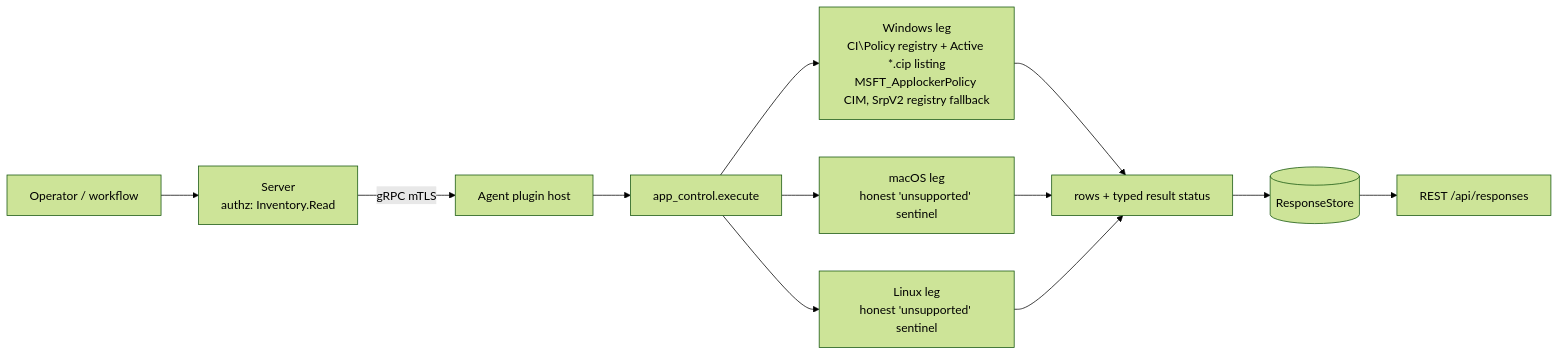
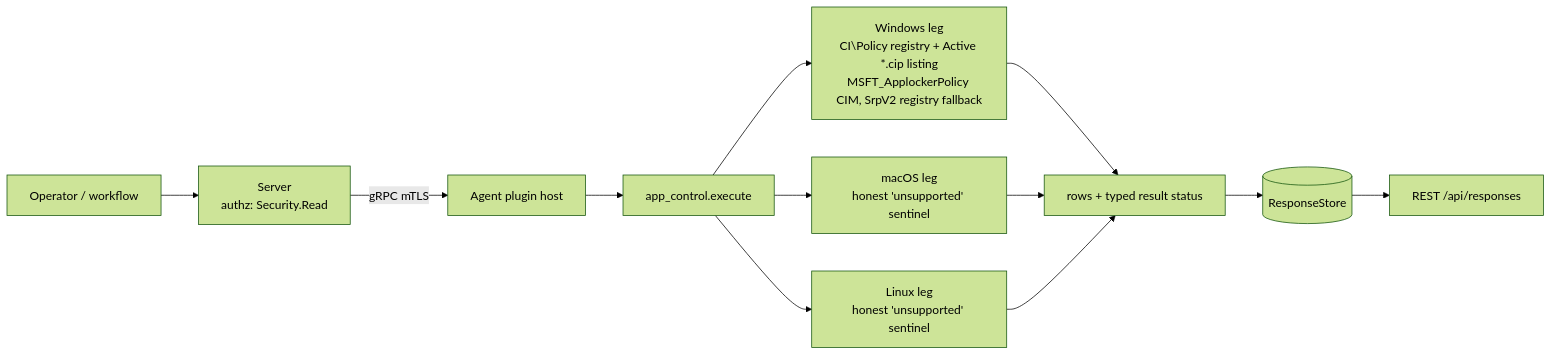
Before and after one commit to Tr3kkR/Yuzu: the diagram in agents/plugins/app_control/README.md, drawn with Mermaid (forest theme). The commit also changed other lines of this file and 7 other files, not shown here.

````diff
--- a/agents/plugins/app_control/README.md
+++ b/agents/plugins/app_control/README.md
@@ -23,9 +23,9 @@
 ```mermaid
 flowchart LR
-  OP[Operator / workflow] --> SRV[Server<br/>authz: Inventory.Read]
+  OP[Operator / workflow] --> SRV[Server<br/>authz: Security.Read]
   SRV -- gRPC mTLS --> HOST[Agent plugin host] --> EX[app_control.execute]
   EX --> WIN[Windows leg<br/>CI\Policy registry + Active *.cip listing<br/>MSFT_ApplockerPolicy CIM, SrpV2 registry fallback]
   EX --> MAC[macOS leg<br/>honest 'unsupported' sentinel]
   EX --> LIN[Linux leg<br/>honest 'unsupported' sentinel]
   WIN & MAC & LIN --> ROWS[rows + typed result status] --> RS[(ResponseStore)] --> API[REST /api/responses]
 ```
````
